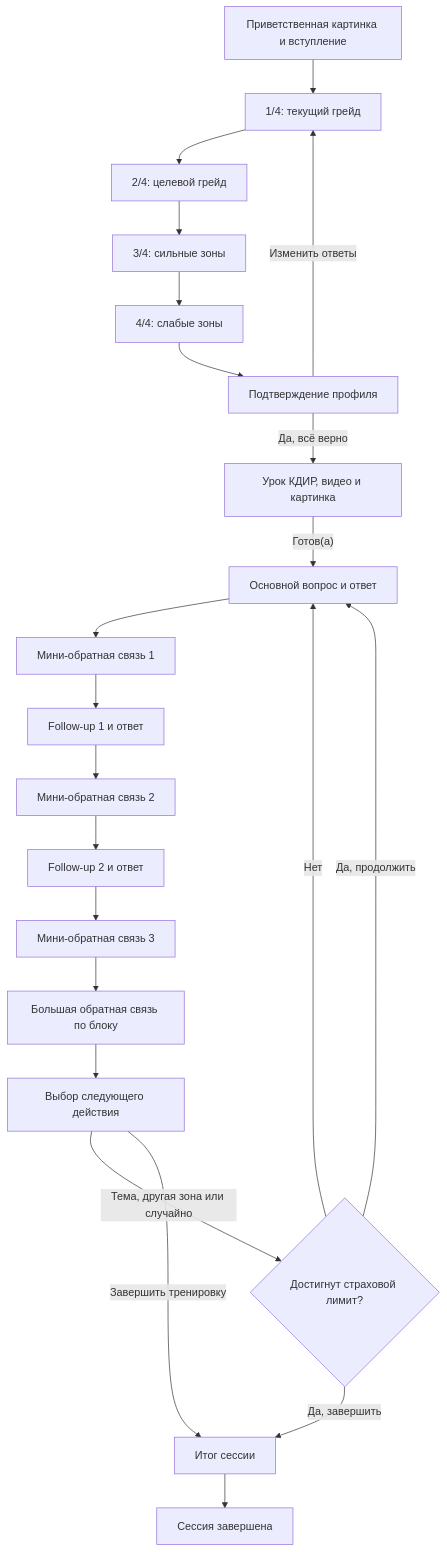
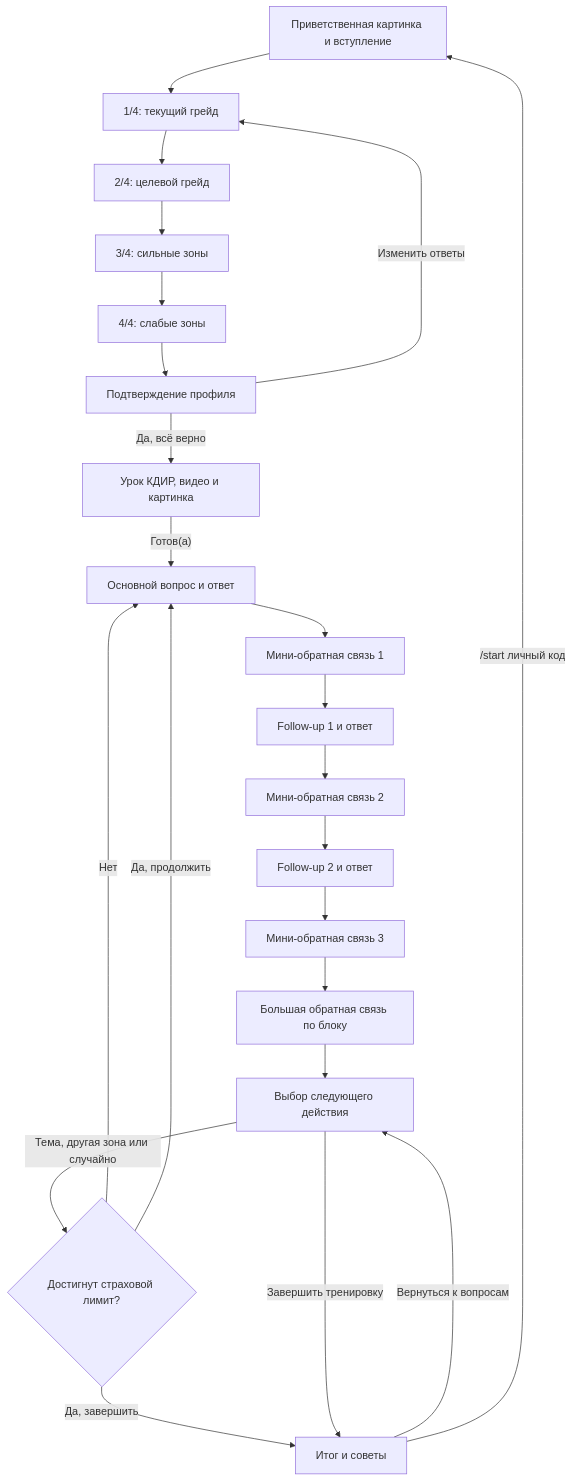
Before and after one commit to CodeHunt7/sa-hr-bot: the diagram in workflow-new.md, drawn with Mermaid. The commit also changed other lines of this file and 5 other files, not shown here.

````diff
--- a/workflow-new.md
+++ b/workflow-new.md
@@ -268,24 +277,25 @@
 ```mermaid
 flowchart TD
     I["Приветственная картинка и вступление"] --> Q1["1/4: текущий грейд"]
     Q1 --> Q2["2/4: целевой грейд"]
     Q2 --> Q3["3/4: сильные зоны"]
     Q3 --> Q4["4/4: слабые зоны"]
     Q4 --> C["Подтверждение профиля"]
     C -->|"Изменить ответы"| Q1
     C -->|"Да, всё верно"| K["Урок КДИР, видео и картинка"]
     K -->|"Готов(а)"| P1["Основной вопрос и ответ"]
     P1 --> F1["Мини-обратная связь 1"]
     F1 --> P2["Follow-up 1 и ответ"]
     P2 --> F2["Мини-обратная связь 2"]
     F2 --> P3["Follow-up 2 и ответ"]
     P3 --> F3["Мини-обратная связь 3"]
     F3 --> BF["Большая обратная связь по блоку"]
     BF --> V["Выбор следующего действия"]
     V -->|"Тема, другая зона или случайно"| L{"Достигнут страховой лимит?"}
     L -->|"Нет"| P1
     L -->|"Да, продолжить"| P1
     L -->|"Да, завершить"| S
-    V -->|"Завершить тренировку"| S["Итог сессии"]
-    S --> E["Сессия завершена"]
+    V -->|"Завершить тренировку"| S["Итог и советы"]
+    S -->|"Вернуться к вопросам"| V
+    S -->|"/start личный код"| I
 ```
````
